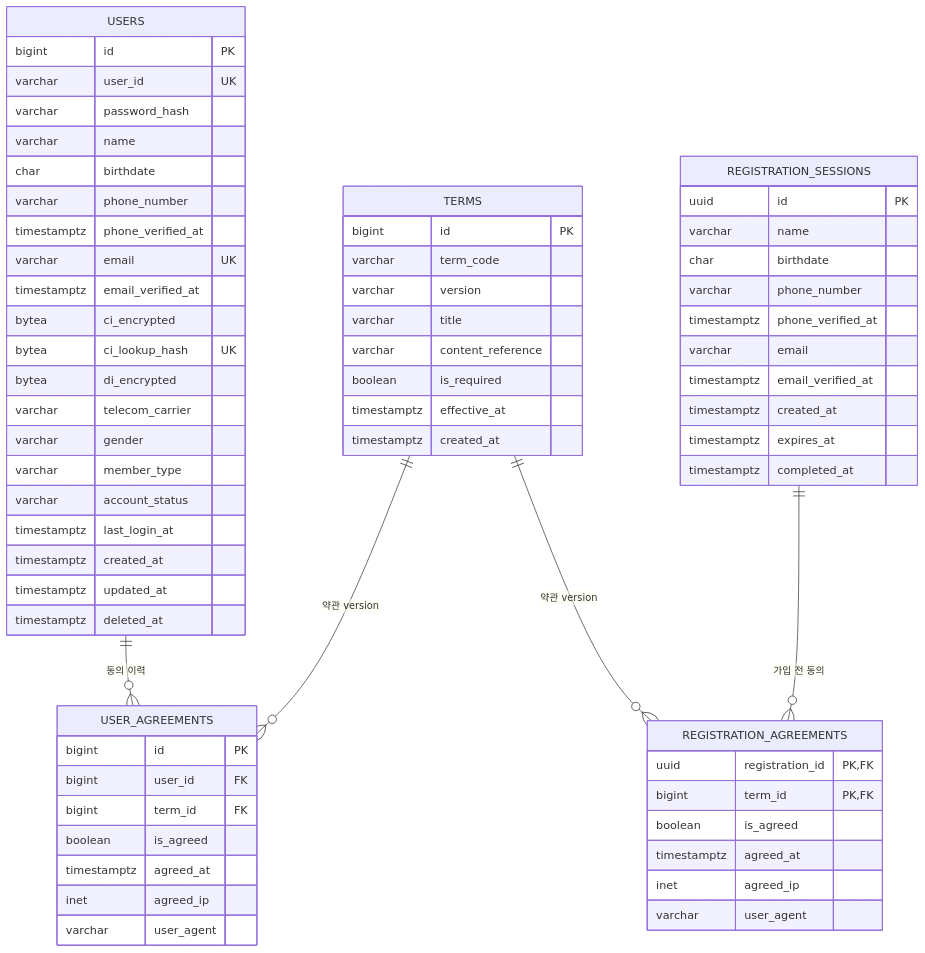
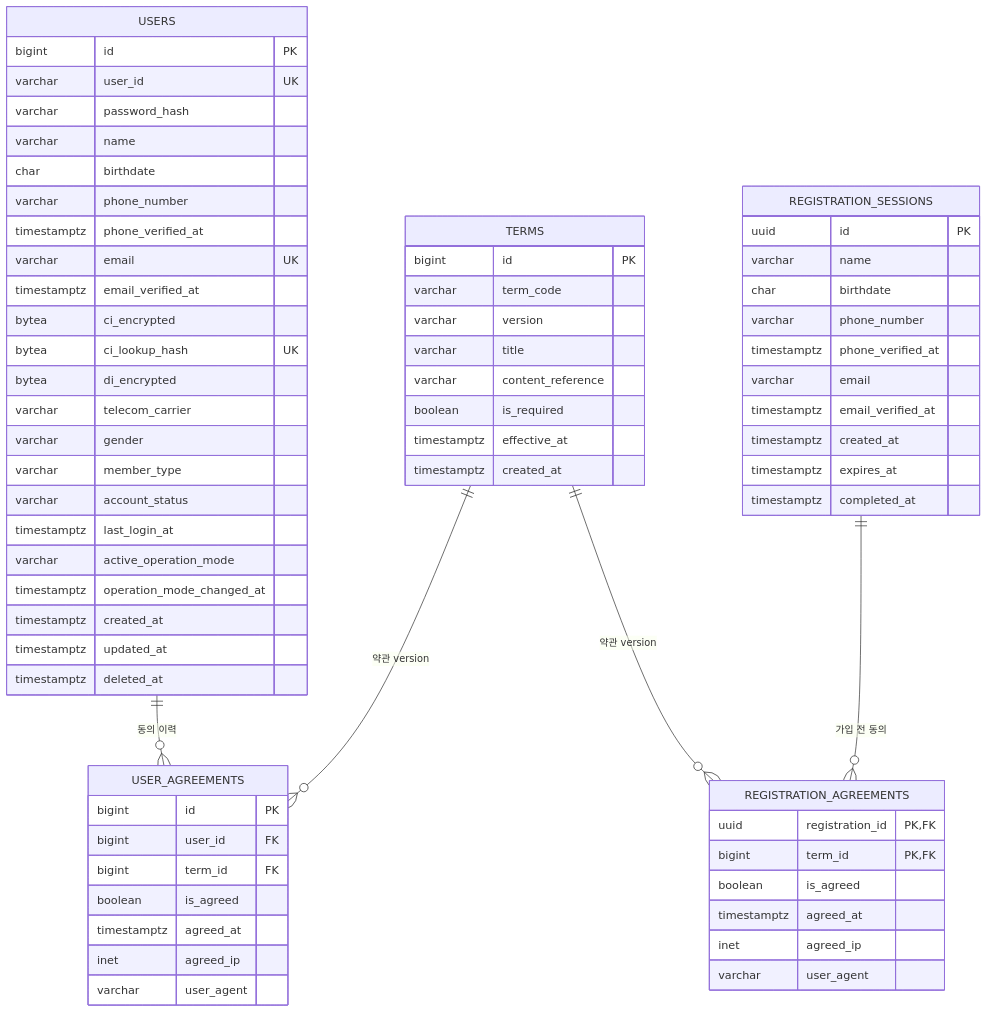
The first of 3 diagrams in docs/REGISTRATION_DATA_ERD.md (SeSAC-3nd-Team1/FEIN-financial-engineering-intelligent-navigation), drawn with Mermaid before and after one commit. The commit also changed 7 other files, not shown here.

Commit message:
docs(accounts): document operation mode switching

````diff
--- a/docs/REGISTRATION_DATA_ERD.md
+++ b/docs/REGISTRATION_DATA_ERD.md
@@ -9,73 +9,75 @@
 ```mermaid
 erDiagram
     USERS ||--o{ USER_AGREEMENTS : "동의 이력"
     TERMS ||--o{ USER_AGREEMENTS : "약관 version"
     REGISTRATION_SESSIONS ||--o{ REGISTRATION_AGREEMENTS : "가입 전 동의"
     TERMS ||--o{ REGISTRATION_AGREEMENTS : "약관 version"
 
     USERS {
         bigint id PK
         varchar user_id UK
         varchar password_hash
         varchar name
         char birthdate
         varchar phone_number
         timestamptz phone_verified_at
         varchar email UK
         timestamptz email_verified_at
         bytea ci_encrypted
         bytea ci_lookup_hash UK
         bytea di_encrypted
         varchar telecom_carrier
         varchar gender
         varchar member_type
         varchar account_status
         timestamptz last_login_at
+        varchar active_operation_mode
+        timestamptz operation_mode_changed_at
         timestamptz created_at
         timestamptz updated_at
         timestamptz deleted_at
     }
 
     TERMS {
         bigint id PK
         varchar term_code
         varchar version
         varchar title
         varchar content_reference
         boolean is_required
         timestamptz effective_at
         timestamptz created_at
     }
 
     USER_AGREEMENTS {
         bigint id PK
         bigint user_id FK
         bigint term_id FK
         boolean is_agreed
         timestamptz agreed_at
         inet agreed_ip
         varchar user_agent
     }
 
     REGISTRATION_SESSIONS {
         uuid id PK
         varchar name
         char birthdate
         varchar phone_number
         timestamptz phone_verified_at
         varchar email
         timestamptz email_verified_at
         timestamptz created_at
         timestamptz expires_at
         timestamptz completed_at
     }
 
     REGISTRATION_AGREEMENTS {
         uuid registration_id PK,FK
         bigint term_id PK,FK
         boolean is_agreed
         timestamptz agreed_at
         inet agreed_ip
         varchar user_agent
     }
 ```
````
